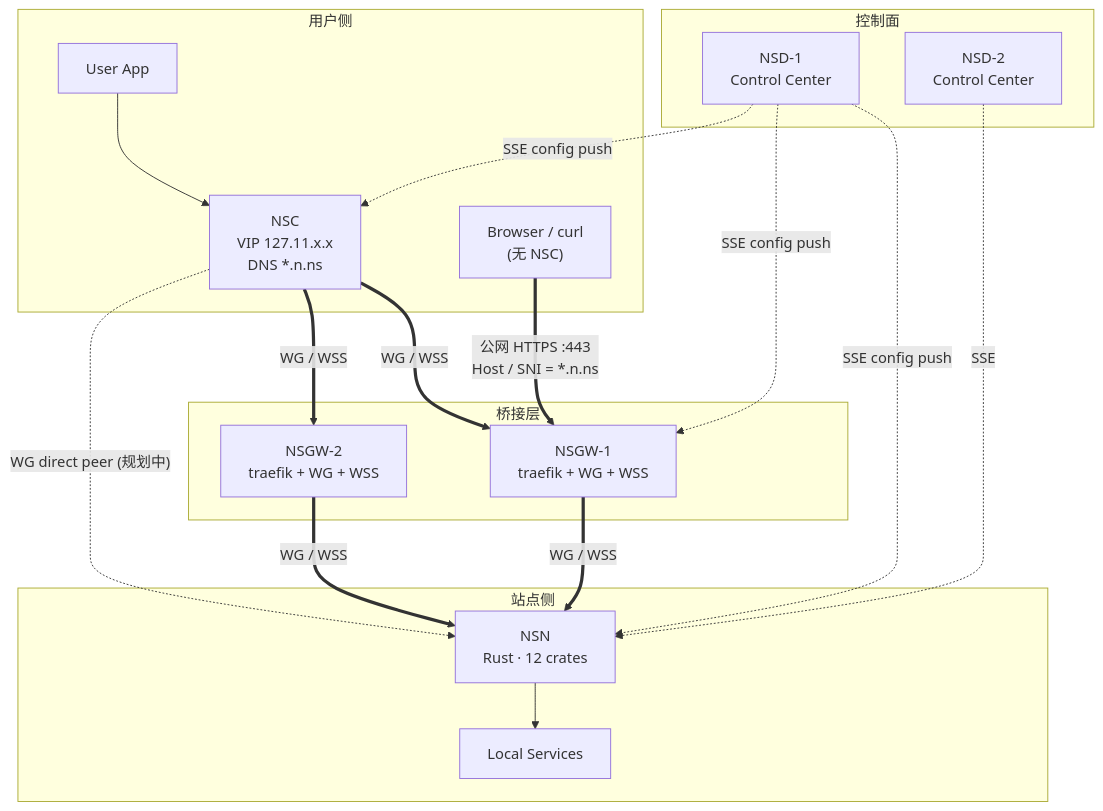
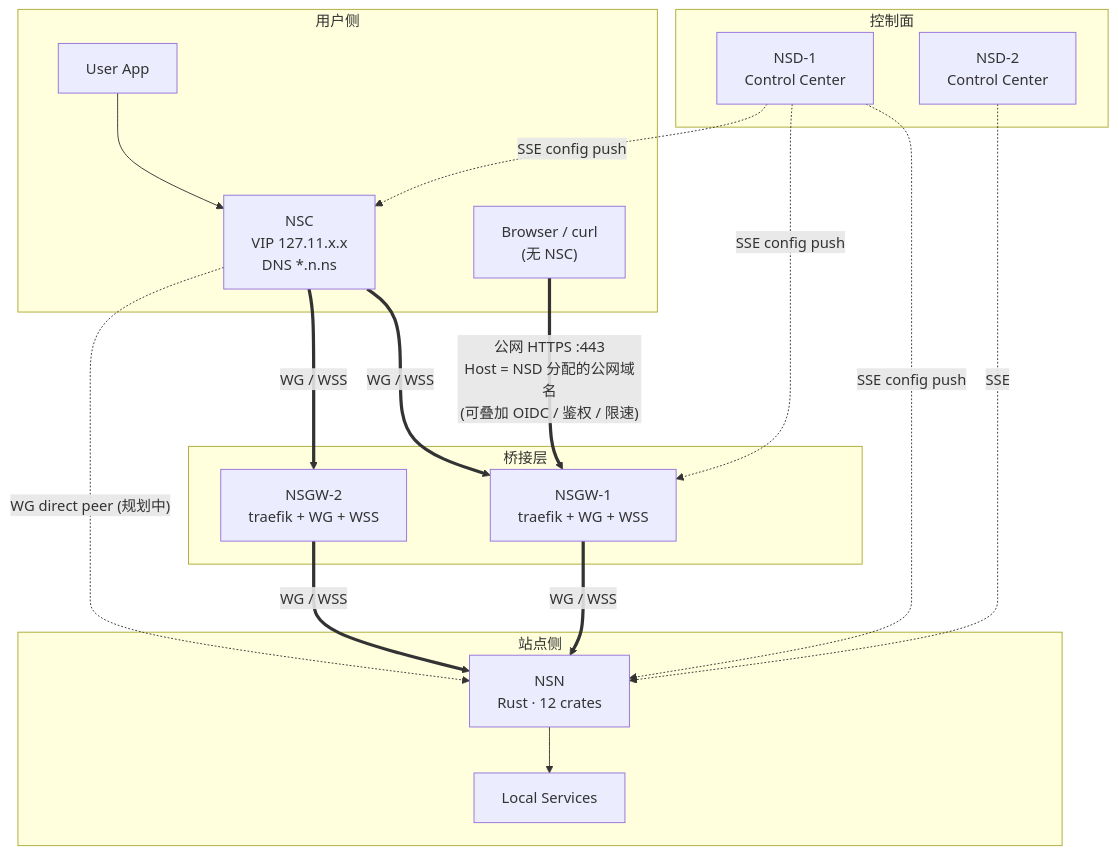
Before and after one commit to nsiod/docs: the diagram in docs/01-overview/index.md, drawn with Mermaid. The commit also changed other lines of this file and 3 other files, not shown here.

````diff
--- a/docs/01-overview/index.md
+++ b/docs/01-overview/index.md
@@ -22,37 +22,37 @@
 ```mermaid
 graph TB
     subgraph Control["控制面"]
         NSD1["NSD-1<br/>Control Center"]
         NSD2["NSD-2<br/>Control Center"]
     end
 
     subgraph Bridge["桥接层"]
         GW1["NSGW-1<br/>traefik + WG + WSS"]
         GW2["NSGW-2<br/>traefik + WG + WSS"]
     end
 
     subgraph Site["站点侧"]
         NSN["NSN<br/>Rust · 12 crates"]
         LOCAL["Local Services"]
     end
 
     subgraph User["用户侧"]
         NSC["NSC<br/>VIP 127.11.x.x<br/>DNS *.n.ns"]
         APP["User App"]
         BROWSER["Browser / curl<br/>(无 NSC)"]
     end
 
     NSD1 -. "SSE config push" .-> NSN
     NSD1 -. "SSE config push" .-> GW1
     NSD1 -. "SSE config push" .-> NSC
     NSD2 -. "SSE" .-> NSN
 
     APP --> NSC
     NSC ==>|"WG / WSS"| GW1
     NSC ==>|"WG / WSS"| GW2
     GW1 ==>|"WG / WSS"| NSN
     GW2 ==>|"WG / WSS"| NSN
     NSC -. "WG direct peer (规划中)" .-> NSN
-    BROWSER ==>|"公网 HTTPS :443<br/>Host / SNI = *.n.ns"| GW1
+    BROWSER ==>|"公网 HTTPS :443<br/>Host = NSD 分配的公网域名<br/>(可叠加 OIDC / 鉴权 / 限速)"| GW1
     NSN --> LOCAL
 ```
````
